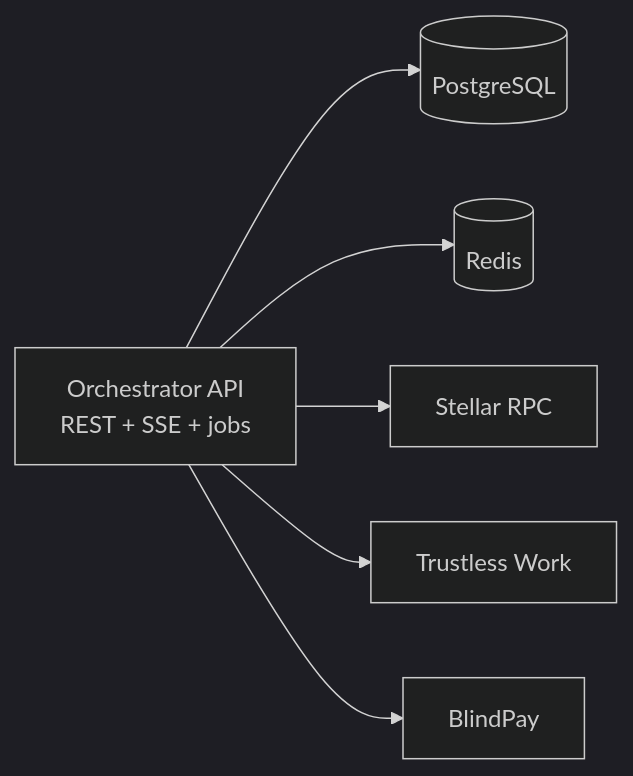
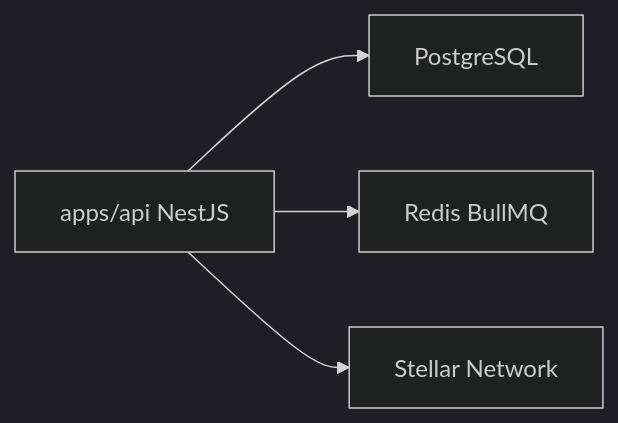
The diagram in content/docs/guide/self-hosting.mdx (Joyful12-tech/offer-hub-monorepo), drawn with Mermaid (dark theme) before and after one commit. The commit also changed other lines of this file and 25 other files, not shown here.

````diff
--- a/content/docs/guide/self-hosting.mdx
+++ b/content/docs/guide/self-hosting.mdx
@@ -18,15 +38,11 @@
 ```mermaid
 flowchart LR
-    API["Orchestrator API<br/>REST + SSE + jobs"]
-    PG[(PostgreSQL)]
-    RD[(Redis)]
-    RPC[Stellar RPC]
-    TW[Trustless Work]
-    BP[BlindPay]
+    API[apps/api NestJS]
+    Postgres[PostgreSQL]
+    Redis[Redis BullMQ]
+    Stellar[Stellar Network]
 
-    API --> PG
-    API --> RD
-    API --> RPC
-    API --> TW
-    API --> BP
+    API --> Postgres
+    API --> Redis
+    API --> Stellar
 ```
````
